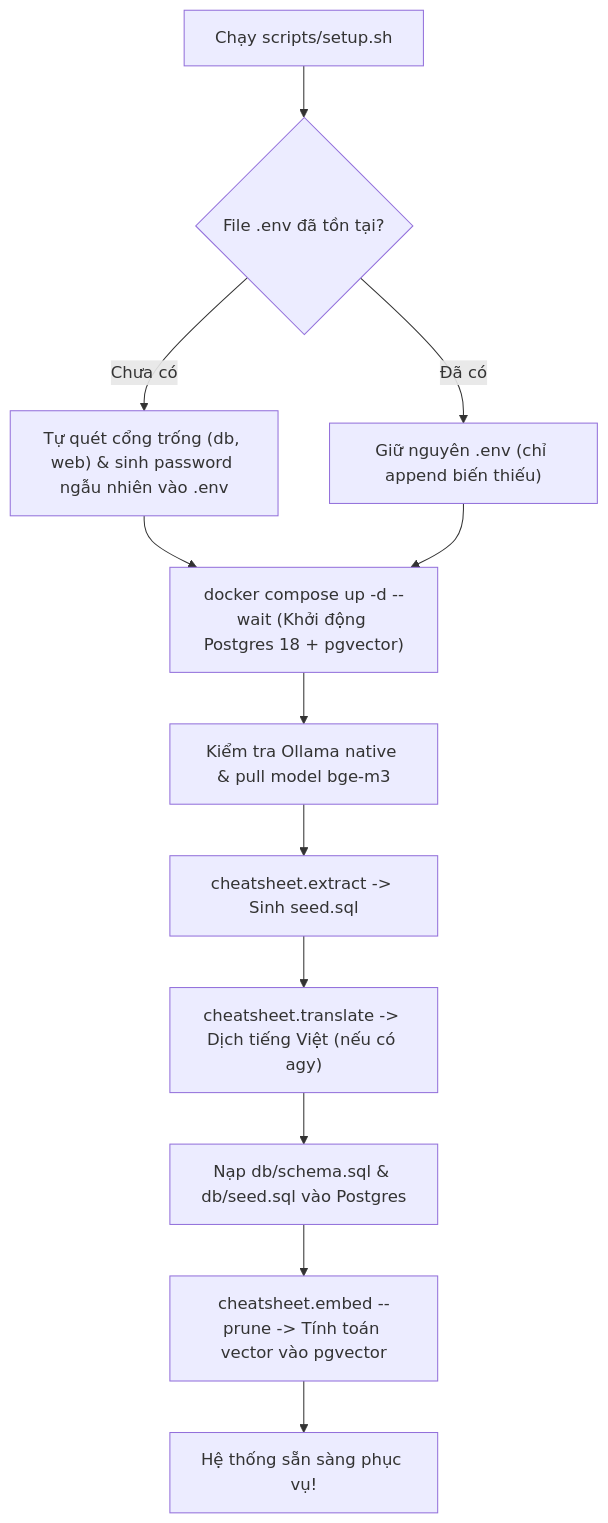
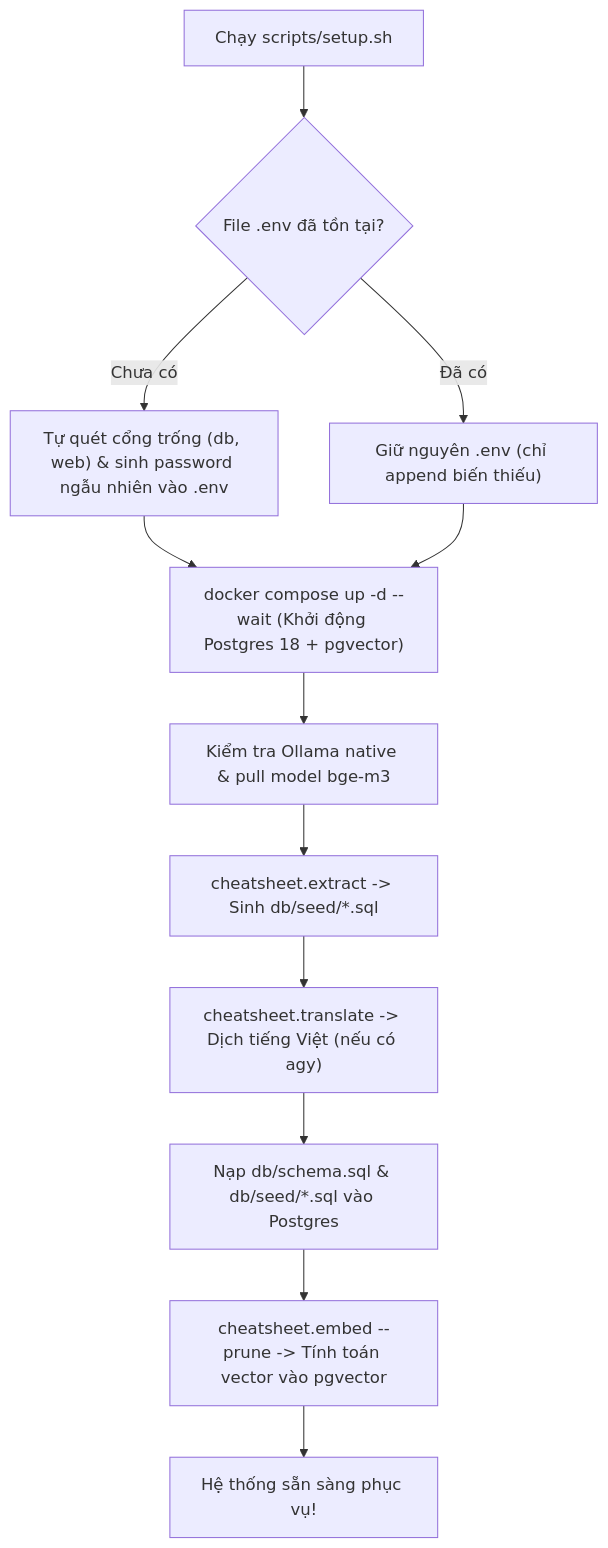
One commit to mihb123/cheatkeep changed the diagram in docs/features/08-database-infrastructure.md. Above: the diagram before and after it, drawn with Mermaid. The commit also changed other lines of this file and 24 other files, not shown here.

````diff
--- a/docs/features/08-database-infrastructure.md
+++ b/docs/features/08-database-infrastructure.md
@@ -21,16 +21,16 @@
 ```mermaid
 flowchart TD
     Setup["Chạy scripts/setup.sh"] --> GenEnv{"File .env đã tồn tại?"}
     
     GenEnv -- Chưa có --> CreateEnv["Tự quét cổng trống (db, web) & sinh password ngẫu nhiên vào .env"]
     GenEnv -- Đã có --> KeepEnv["Giữ nguyên .env (chỉ append biến thiếu)"]
     
     CreateEnv & KeepEnv --> Docker["docker compose up -d --wait (Khởi động Postgres 18 + pgvector)"]
     Docker --> CheckOllama["Kiểm tra Ollama native & pull model bge-m3"]
     
-    CheckOllama --> Extract["cheatsheet.extract -> Sinh seed.sql"]
+    CheckOllama --> Extract["cheatsheet.extract -> Sinh db/seed/*.sql"]
     Extract --> Translate["cheatsheet.translate -> Dịch tiếng Việt (nếu có agy)"]
-    Translate --> ApplySQL["Nạp db/schema.sql & db/seed.sql vào Postgres"]
+    Translate --> ApplySQL["Nạp db/schema.sql & db/seed/*.sql vào Postgres"]
     ApplySQL --> Embed["cheatsheet.embed --prune -> Tính toán vector vào pgvector"]
     Embed --> Ready["Hệ thống sẵn sàng phục vụ!"]
 ```
````
